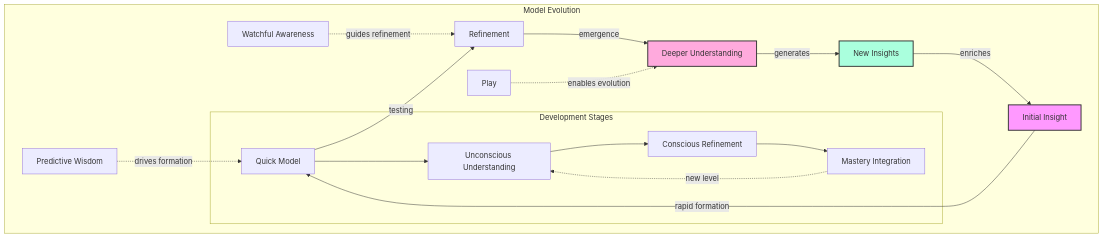
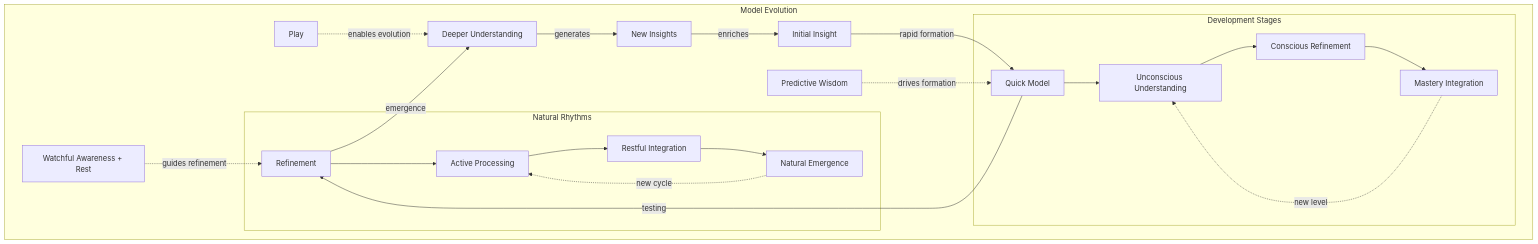
Diagram 14 of 53 in README.md (phillipclapham/neuroweaver), drawn with Mermaid before and after one commit. The commit also changed other lines of this file, not shown here.

````diff
--- a/README.md
+++ b/README.md
@@ -841,25 +935,28 @@
 ```mermaid
 graph TD
     subgraph "Model Evolution"
         I[Initial Insight] -->|rapid formation| Q[Quick Model]
         Q -->|testing| R[Refinement]
         R -->|emergence| D[Deeper Understanding]
         D -->|generates| N[New Insights]
         N -->|enriches| I
 
         PW[Predictive Wisdom] -.->|drives formation| Q
-        WA[Watchful Awareness] -.->|guides refinement| R
-        P[Play] -.->|enables evolution| D
+        WA_R[Watchful Awareness + Rest] -.->|guides refinement| R
+        Play[Play] -.->|enables evolution| D
 
         subgraph "Development Stages"
             Q --> U[Unconscious Understanding]
             U --> C[Conscious Refinement]
             C --> M[Mastery Integration]
             M -.->|new level| U
         end
+
+        subgraph "Natural Rhythms"
+            R --> AP[Active Processing]
+            AP --> RI[Restful Integration]
+            RI --> NE[Natural Emergence]
+            NE -.->|new cycle| AP
+        end
     end
-
-    style I fill:#f9f,stroke:#333,stroke-width:2px
-    style D fill:#fad,stroke:#333,stroke-width:2px
-    style N fill:#afd,stroke:#333,stroke-width:2px
 ```
````
